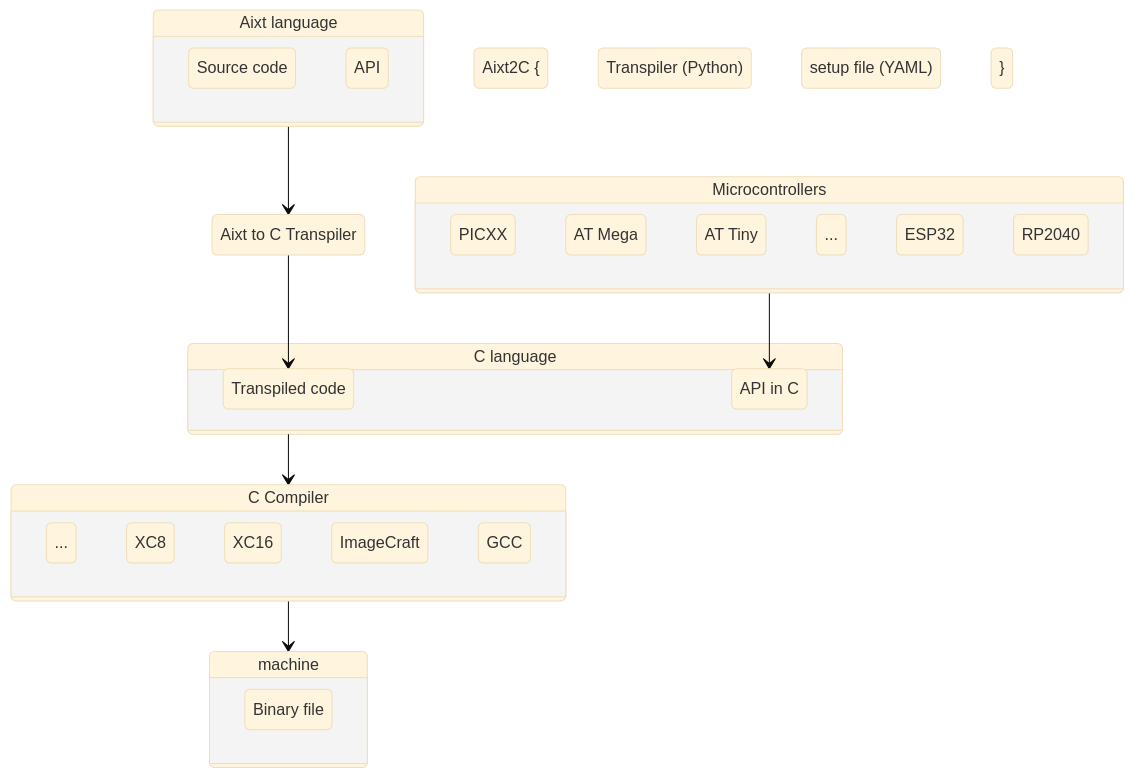
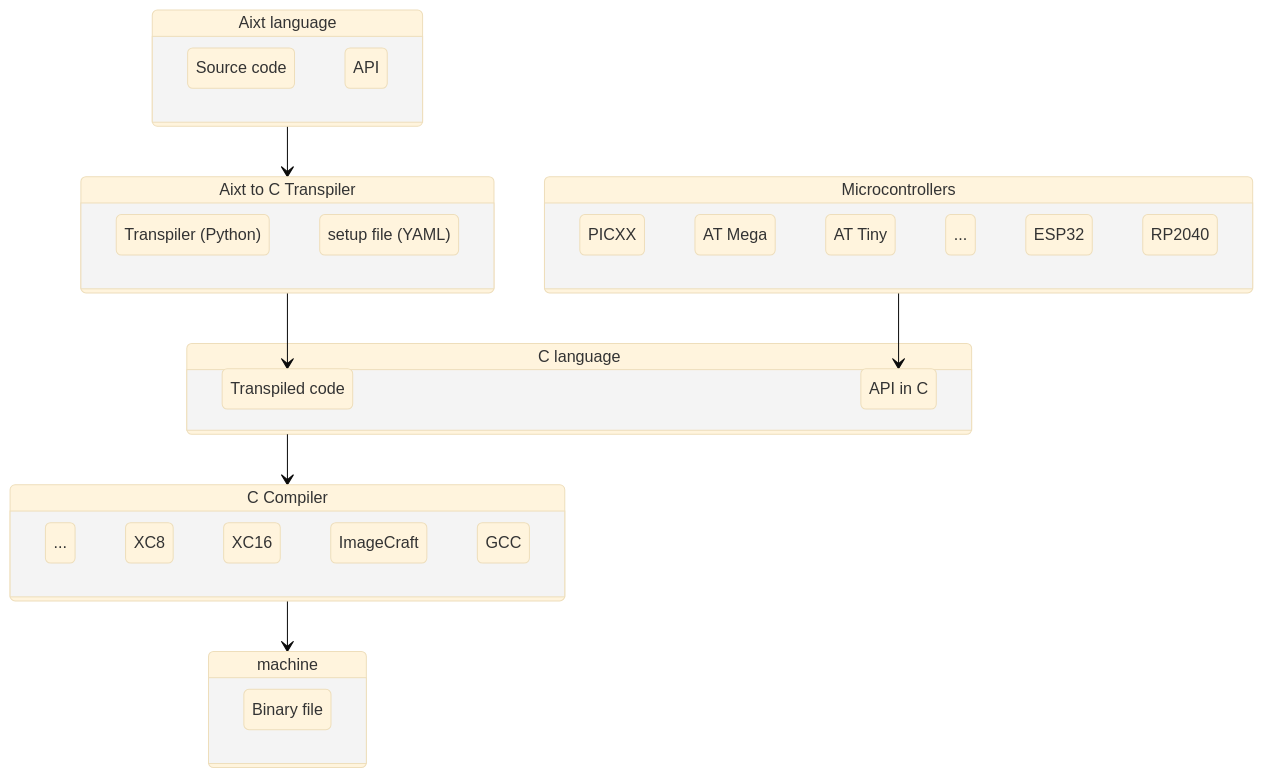
The diagram in README.md (fermarsan/aixt), drawn with Mermaid (base theme) before and after one commit.

Commit message:
README.md new diagram

````diff
--- a/README.md
+++ b/README.md
@@ -9,54 +9,54 @@
 ```mermaid
 stateDiagram-v2
 
     Aixt: Aixt language
     state Aixt {
         source: Source code
         API
     }
 
     Aixt2C: Aixt to C Transpiler
-    state: Aixt2C {
+    state Aixt2C {
         Transpiler: Transpiler (Python)
         setup: setup file (YAML)
     }
 
     C: C language
     state C {
         Tr_Code: Transpiled code
         API_C: API in C
     }
 
     state Microcontrollers {
         PICs: PICXX
         ATM: AT Mega
         ATT: AT Tiny
         others2: ...
         ESP32
         RP2040
     }
 
     C_Compiler: C Compiler
     state C_Compiler {
         others: ...
         XC8  
         XC16 
         ImageCraft  
         others 
         GCC 
     }
     
     machine
     state machine {
         BF: Binary file
     }
     
     Aixt     --> Aixt2C 
     Aixt2C  --> Tr_Code
 
     C     --> C_Compiler
 
     C_Compiler  --> machine
 
     Microcontrollers --> API_C
 ```
````
